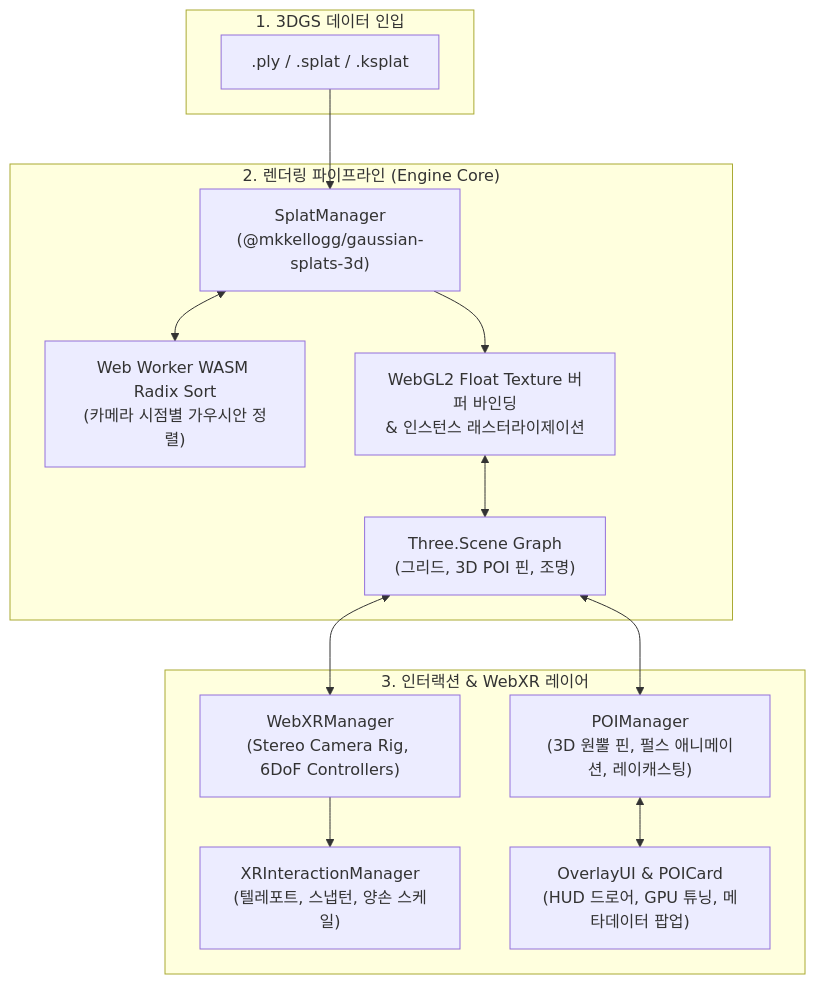
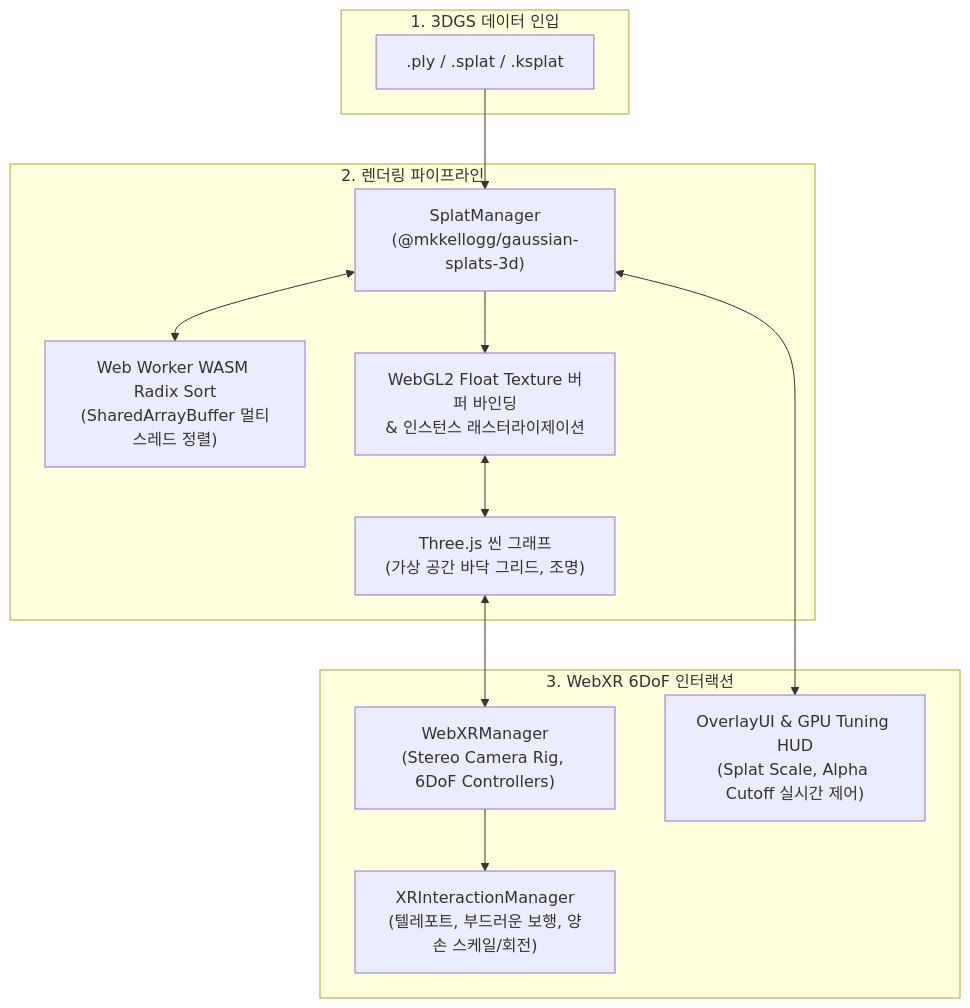
One commit to kimhohyeon0324/WebXR-3DGS-Viewer changed the diagram in README.md. Above: the diagram before and after it, drawn with Mermaid. The commit also changed other lines of this file, not shown here.

Commit message:
docs: streamline README to focus on core WebXR and 3DGS rendering challenges

````diff
--- a/README.md
+++ b/README.md
@@ -46,29 +45,27 @@
 ```mermaid
 flowchart TB
     subgraph Data["1. 3DGS 데이터 인입"]
         PLY[".ply / .splat / .ksplat"]
     end
 
-    subgraph Core["2. 렌더링 파이프라인 (Engine Core)"]
+    subgraph Core["2. 렌더링 파이프라인"]
         SM["SplatManager\n(@mkkellogg/gaussian-splats-3d)"]
-        WASM["Web Worker WASM Radix Sort\n(카메라 시점별 가우시안 정렬)"]
+        WASM["Web Worker WASM Radix Sort\n(SharedArrayBuffer 멀티스레드 정렬)"]
         GPU["WebGL2 Float Texture 버퍼 바인딩\n& 인스턴스 래스터라이제이션"]
-        TScene["Three.Scene Graph\n(그리드, 3D POI 핀, 조명)"]
+        TScene["Three.js 씬 그래프\n(가상 공간 바닥 그리드, 조명)"]
     end
 
-    subgraph Interaction["3. 인터랙션 & WebXR 레이어"]
+    subgraph Interaction["3. WebXR 6DoF 인터랙션"]
         WXR["WebXRManager\n(Stereo Camera Rig, 6DoF Controllers)"]
-        XRIM["XRInteractionManager\n(텔레포트, 스냅턴, 양손 스케일)"]
-        POI["POIManager\n(3D 원뿔 핀, 펄스 애니메이션, 레이캐스팅)"]
-        UI["OverlayUI & POICard\n(HUD 드로어, GPU 튜닝, 메타데이터 팝업)"]
+        XRIM["XRInteractionManager\n(텔레포트, 부드러운 보행, 양손 스케일/회전)"]
+        UI["OverlayUI & GPU Tuning HUD\n(Splat Scale, Alpha Cutoff 실시간 제어)"]
     end
 
     PLY --> SM
     SM <--> WASM
     SM --> GPU
     GPU <--> TScene
     TScene <--> WXR
     WXR --> XRIM
-    TScene <--> POI
-    POI <--> UI
+    SM <--> UI
 ```
````
